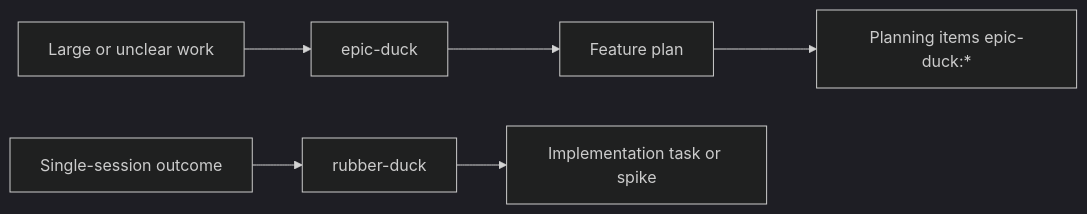
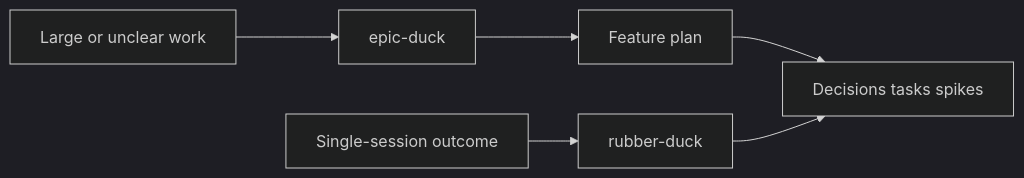
One commit to Pappa/duck-skills changed the diagram in README.md. Above: the diagram before and after it, drawn with Mermaid (dark theme). The commit also changed other lines of this file and 25 other files, not shown here.

First line of the commit message:
Unify backlog task and spike types under shared Type: task/spike.

````diff
--- a/README.md
+++ b/README.md
@@ -58,12 +58,11 @@
 ```mermaid
 flowchart LR
   big[Large or unclear work]
   small[Single-session outcome]
   plan[Feature plan]
-  planItems[Planning items epic-duck:*]
-  implItems[Implementation task or spike]
+  children[Decisions tasks spikes]
   ed[epic-duck]
   rd[rubber-duck]
-  big --> ed --> plan --> planItems
-  small --> rd --> implItems
+  big --> ed --> plan --> children
+  small --> rd --> children
 ```
````
